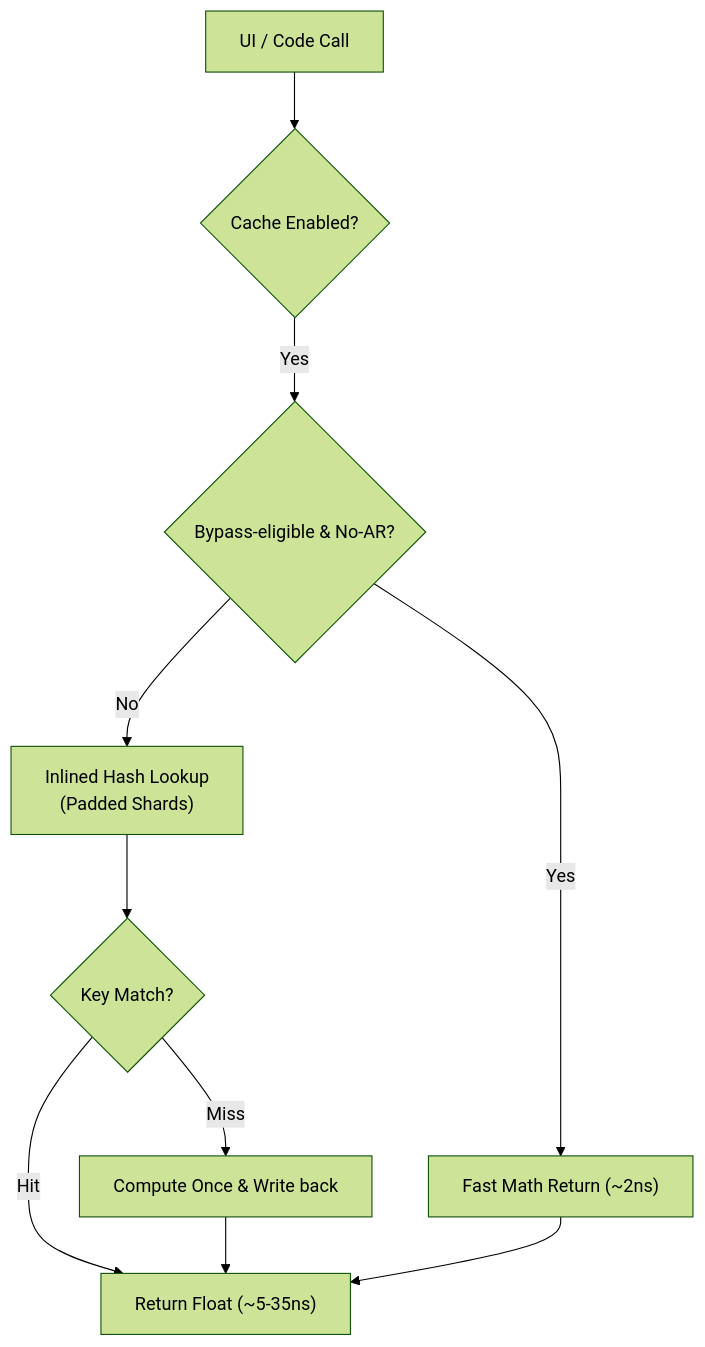
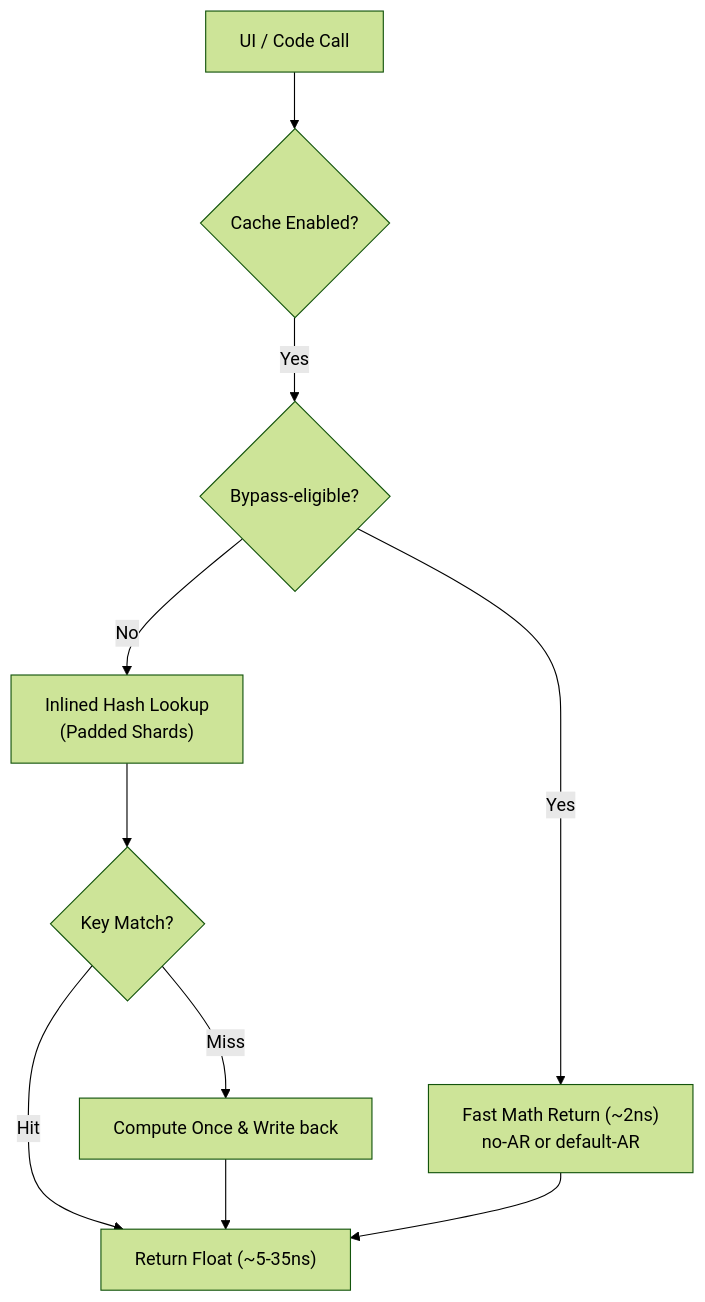
One commit to bodenberg/appdimens-dynamic changed the diagram in PERFORMANCE.md. Above: the diagram before and after it, drawn with Mermaid (forest theme). The commit also changed other lines of this file and 3 other files, not shown here.

````diff
--- a/PERFORMANCE.md
+++ b/PERFORMANCE.md
@@ -128,12 +137,12 @@
 ```mermaid
 graph TD
     A[UI / Code Call] --> B{Cache Enabled?}
-    B -- Yes --> C{Bypass-eligible & No-AR?}
-    C -- Yes --> D["Fast Math Return (~2ns)"]
+    B -- Yes --> C{Bypass-eligible?}
+    C -- Yes --> D["Fast Math Return (~2ns)<br/>no-AR or default-AR"]
     C -- No --> E["Inlined Hash Lookup<br/>(Padded Shards)"]
     E --> F{Key Match?}
     F -- Hit --> G["Return Float (~5-35ns)"]
     F -- Miss --> H[Compute Once & Write back]
     H --> G
     D --> G
 ```
````
